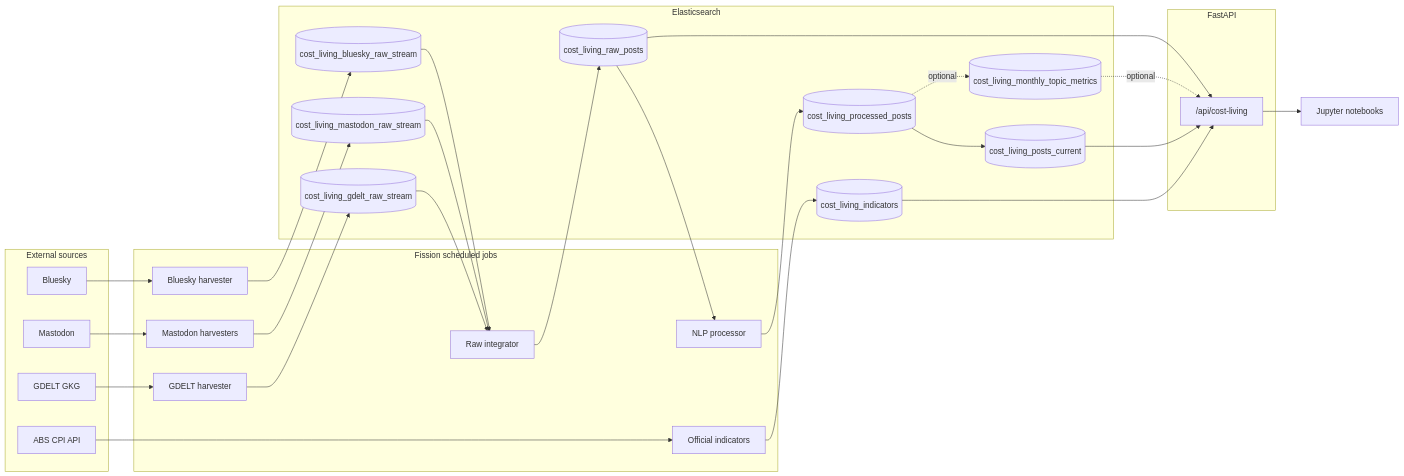
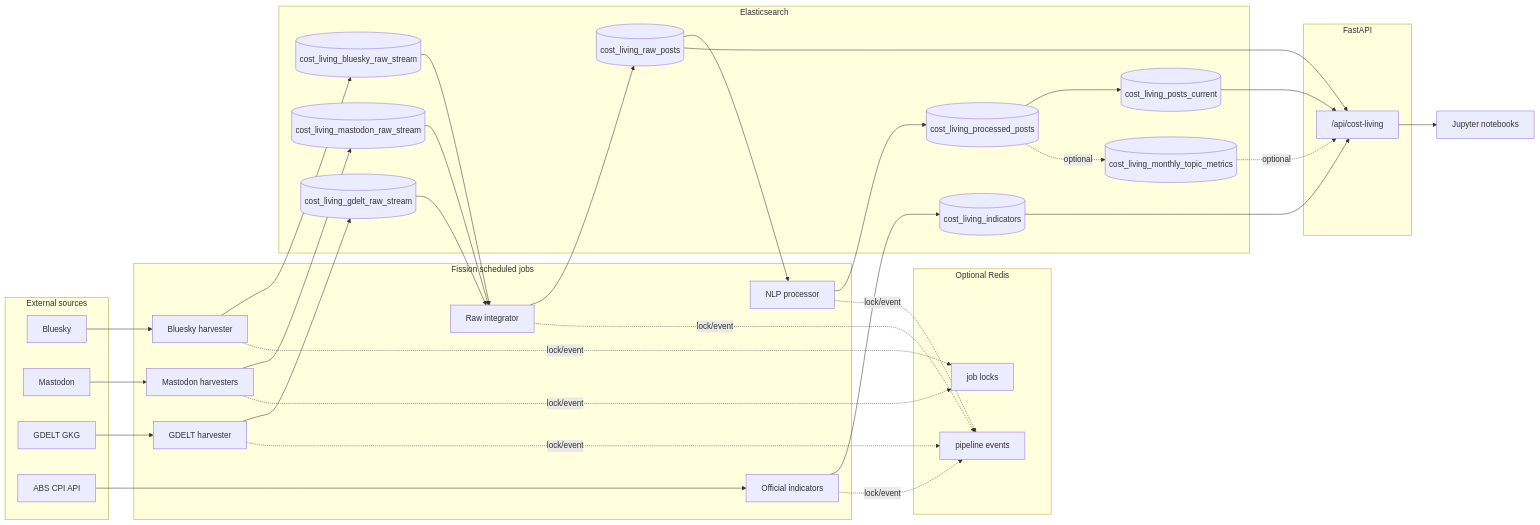
The diagram in docs/en/architecture.md (BlackMirean/cost-living-data-platform), drawn with Mermaid before and after one commit. The commit also changed other lines of this file and 27 other files, not shown here.

````diff
--- a/docs/en/architecture.md
+++ b/docs/en/architecture.md
@@ -12,47 +13,58 @@
 ```mermaid
 flowchart LR
     subgraph Sources["External sources"]
         BS["Bluesky"]
         MA["Mastodon"]
         GD["GDELT GKG"]
         ABS["ABS CPI API"]
     end
 
     subgraph Jobs["Fission scheduled jobs"]
         HBS["Bluesky harvester"]
         HMA["Mastodon harvesters"]
         HGD["GDELT harvester"]
         RAWINT["Raw integrator"]
         NLP["NLP processor"]
         CPI["Official indicators"]
+    end
+
+    subgraph Redis["Optional Redis"]
+        LOCKS["job locks"]
+        EVENTS["pipeline events"]
     end
 
     subgraph ES["Elasticsearch"]
         BSR[("cost_living_bluesky_raw_stream")]
         MAR[("cost_living_mastodon_raw_stream")]
         GDR[("cost_living_gdelt_raw_stream")]
         RAW[("cost_living_raw_posts")]
         PROC[("cost_living_processed_posts")]
         ALIAS[("cost_living_posts_current")]
         IND[("cost_living_indicators")]
         ROLLUP[("cost_living_monthly_topic_metrics")]
     end
 
     subgraph API["FastAPI"]
         ROUTES["/api/cost-living"]
     end
 
     NB["Jupyter notebooks"]
 
     BS --> HBS --> BSR --> RAWINT
     MA --> HMA --> MAR --> RAWINT
     GD --> HGD --> GDR --> RAWINT
     RAWINT --> RAW --> NLP --> PROC --> ALIAS
     ABS --> CPI --> IND
+    HBS -. lock/event .-> LOCKS
+    HMA -. lock/event .-> LOCKS
+    HGD -. lock/event .-> EVENTS
+    RAWINT -. lock/event .-> EVENTS
+    NLP -. lock/event .-> EVENTS
+    CPI -. lock/event .-> EVENTS
     PROC -. optional .-> ROLLUP
     RAW --> ROUTES
     ALIAS --> ROUTES
     IND --> ROUTES
     ROLLUP -. optional .-> ROUTES
     ROUTES --> NB
 ```
````
